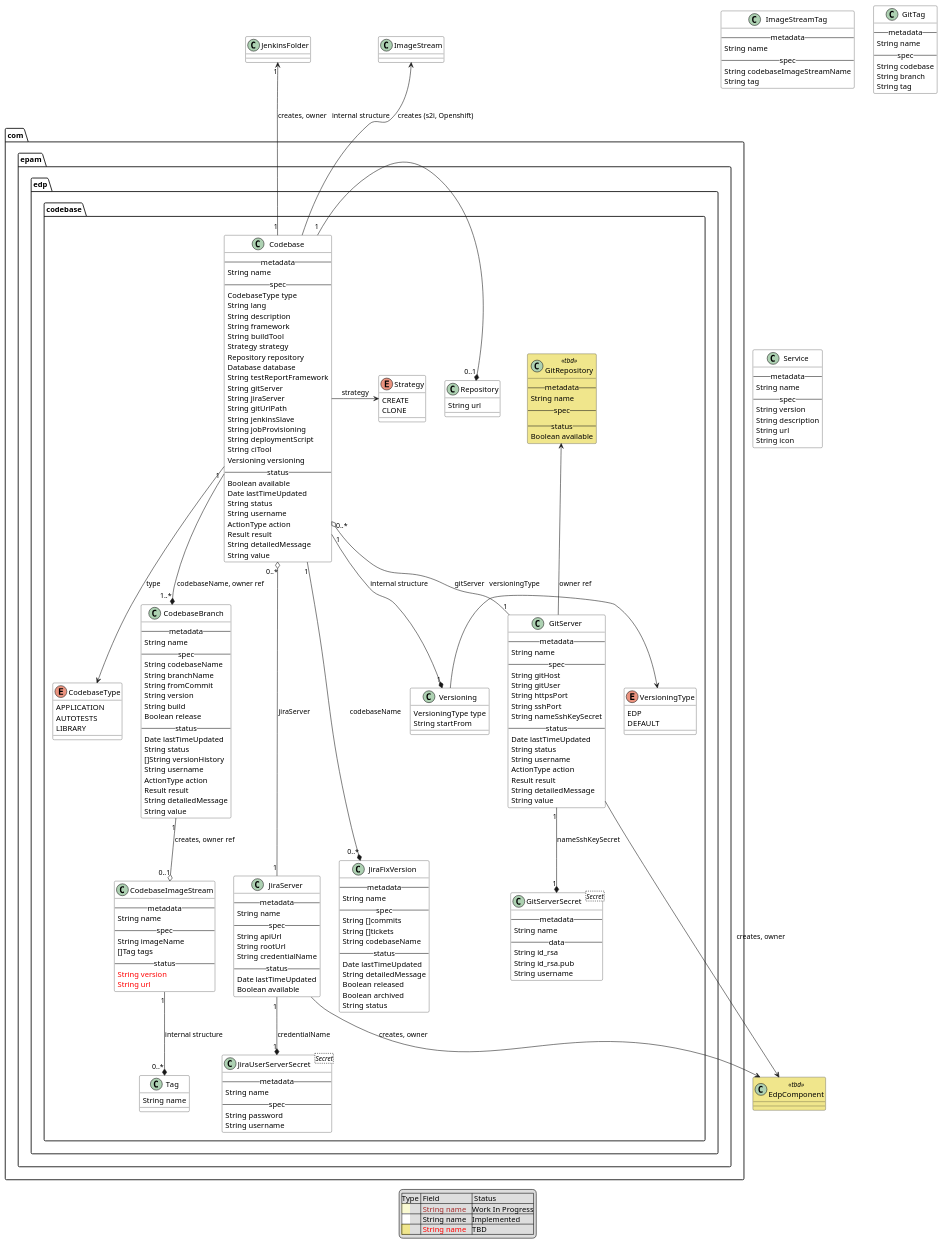
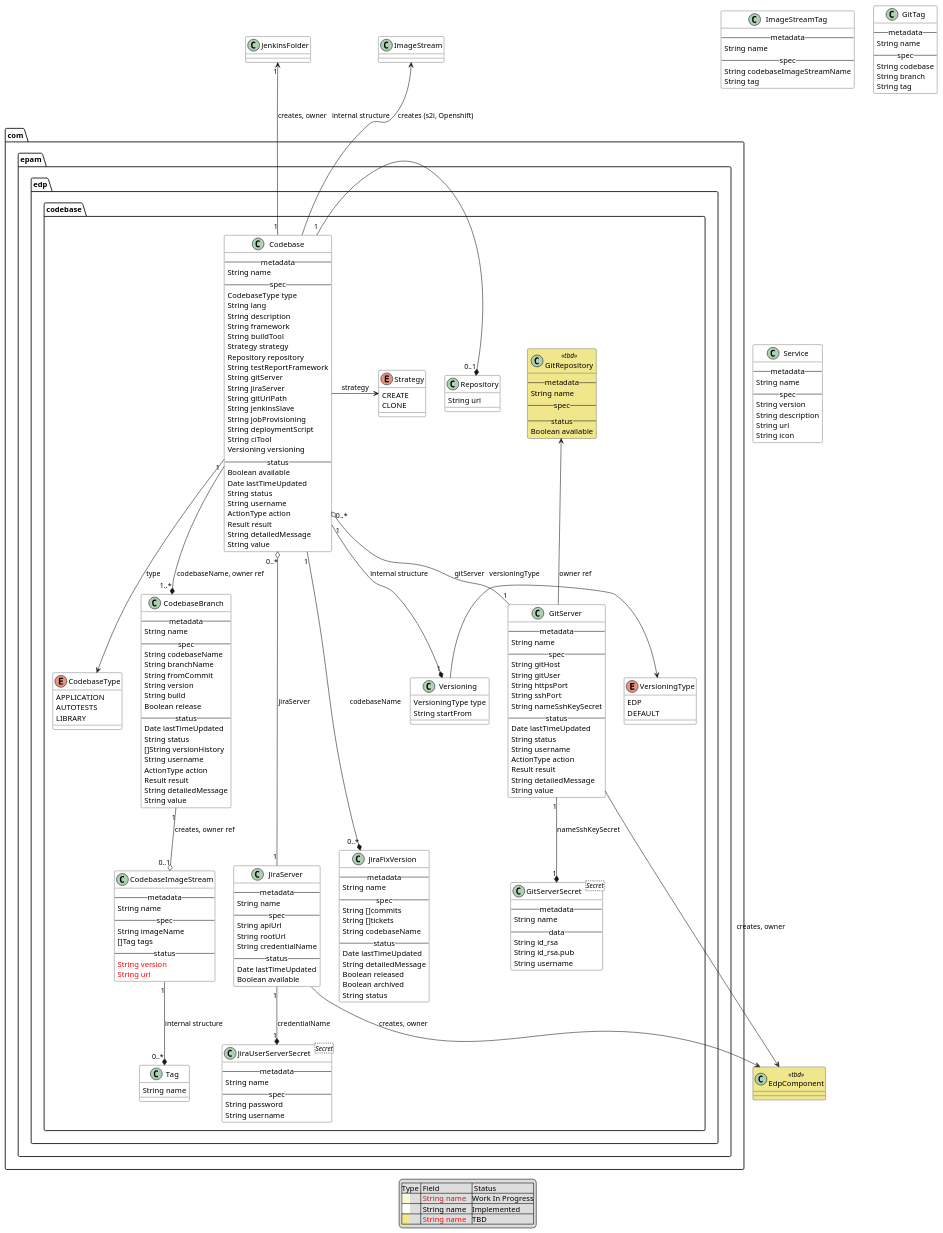
The diagram in documentation/puml/arch.puml (epam/edp-codebase-operator), drawn with PlantUML before and after one commit. The commit also changed 20 other files, not shown here.

```diff
--- a/documentation/puml/arch.puml
+++ b/documentation/puml/arch.puml
@@ -19,7 +19,6 @@
         String buildTool
         Strategy strategy
         Repository repository
-        Database database
         String testReportFramework
         String gitServer
         String jiraServer
```
